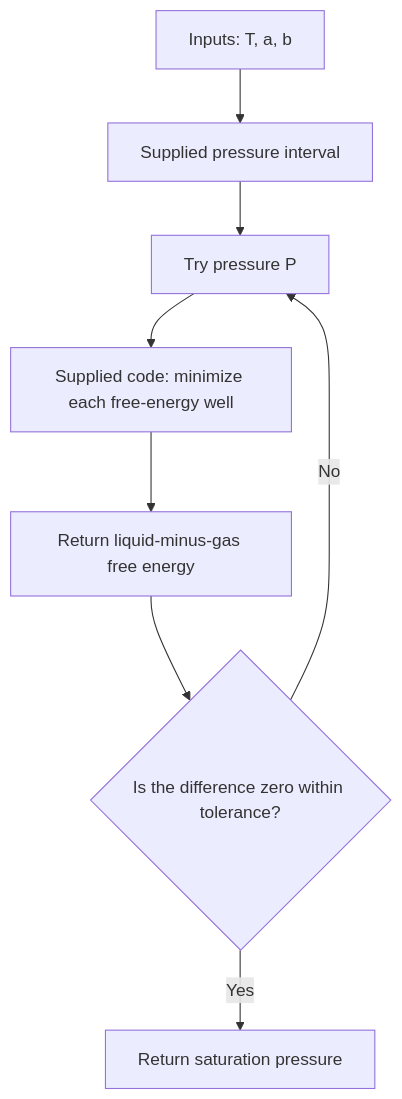
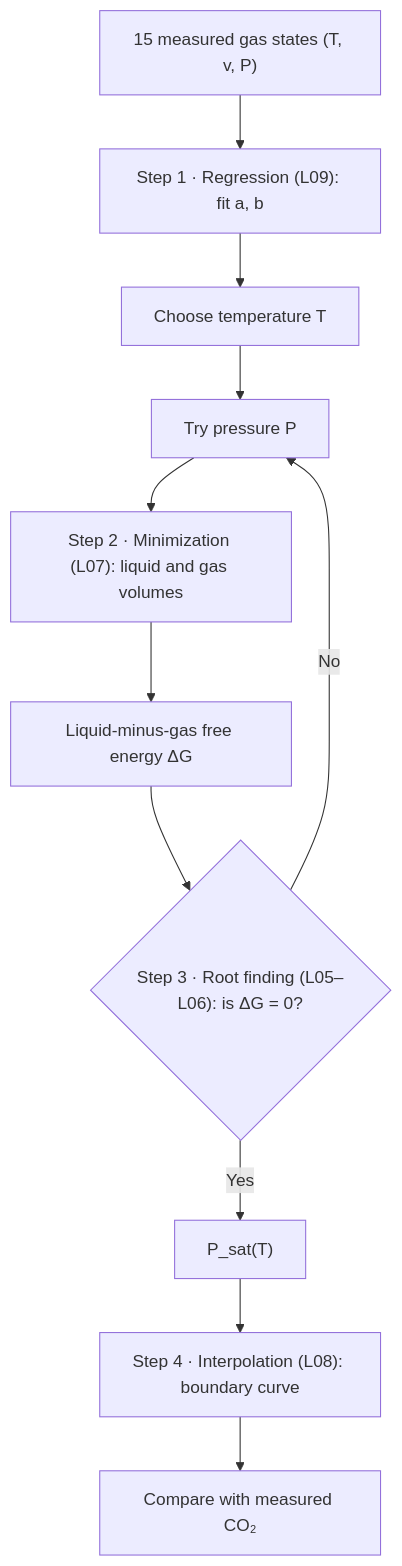
Before and after one commit to tiangroup-uofa/mate374-cmpt-methods-mate: the diagram in units/02/L10/index.qmd, drawn with Mermaid. The commit also changed other lines of this file and 10 other files, not shown here.

First line of the commit message:
Rebuild L10 as a CO₂ fit-to-phase-diagram demo

````diff
--- a/units/02/L10/index.qmd
+++ b/units/02/L10/index.qmd
@@ -58,10 +40,13 @@
 ```{mermaid}
 flowchart TD
-    A["Inputs: T, a, b"] --> B["Supplied pressure interval"]
-    B --> C["Try pressure P"]
-    C --> D["Supplied code: minimize each free-energy well"]
-    D --> E["Return liquid-minus-gas free energy"]
-    E --> F{"Is the difference zero within tolerance?"}
-    F -- No --> C
-    F -- Yes --> G["Return saturation pressure"]
+    A["15 measured gas states (T, v, P)"] --> B["Step 1 · Regression (L09): fit a, b"]
+    B --> C["Choose temperature T"]
+    C --> D["Try pressure P"]
+    D --> E["Step 2 · Minimization (L07): liquid and gas volumes"]
+    E --> F["Liquid-minus-gas free energy ΔG"]
+    F --> G{"Step 3 · Root finding (L05–L06): is ΔG = 0?"}
+    G -- No --> D
+    G -- Yes --> H["P_sat(T)"]
+    H --> I["Step 4 · Interpolation (L08): boundary curve"]
+    I --> J["Compare with measured CO₂"]
 ```
````
